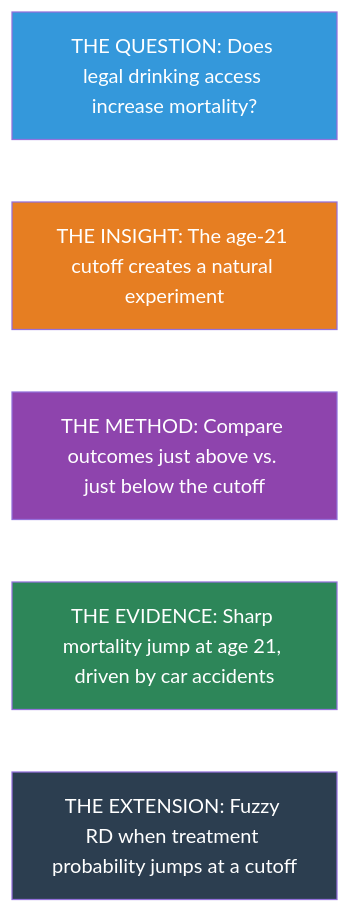
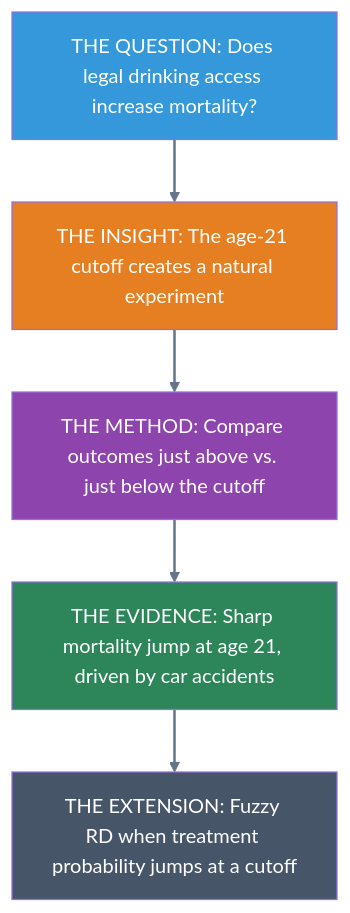
Before and after one commit to cmg777/intro2causal: the first of 2 diagrams in book/notebooks_quarto/04-regression-discontinuity.qmd, drawn with Mermaid. The commit also changed other lines of this file and 5 other files, not shown here.

First line of the commit message:
Fix mermaid diagram colors for dark/light theme visibility

````diff
--- a/book/notebooks_quarto/04-regression-discontinuity.qmd
+++ b/book/notebooks_quarto/04-regression-discontinuity.qmd
@@ -28,20 +28,20 @@
 ```{mermaid}
 %%| label: fig-roadmap
 %%| fig-cap: "Roadmap for Chapter 4"
 
 graph TD
     A["THE QUESTION: Does legal drinking access increase mortality?"]
     B["THE INSIGHT: The age-21 cutoff creates a natural experiment"]
     C["THE METHOD: Compare outcomes just above vs. just below the cutoff"]
     D["THE EVIDENCE: Sharp mortality jump at age 21, driven by car accidents"]
     E["THE EXTENSION: Fuzzy RD when treatment probability jumps at a cutoff"]
 
     A --> B --> C --> D --> E
 
     style A fill:#3498db,color:#fff
     style B fill:#e67e22,color:#fff
     style C fill:#8e44ad,color:#fff
     style D fill:#2d8659,color:#fff
-    style E fill:#2c3e50,color:#fff
-    linkStyle default stroke:#fff,stroke-width:2px
+    style E fill:#475569,color:#fff
+    linkStyle default stroke:#64748b,stroke-width:2px
 ```
````
